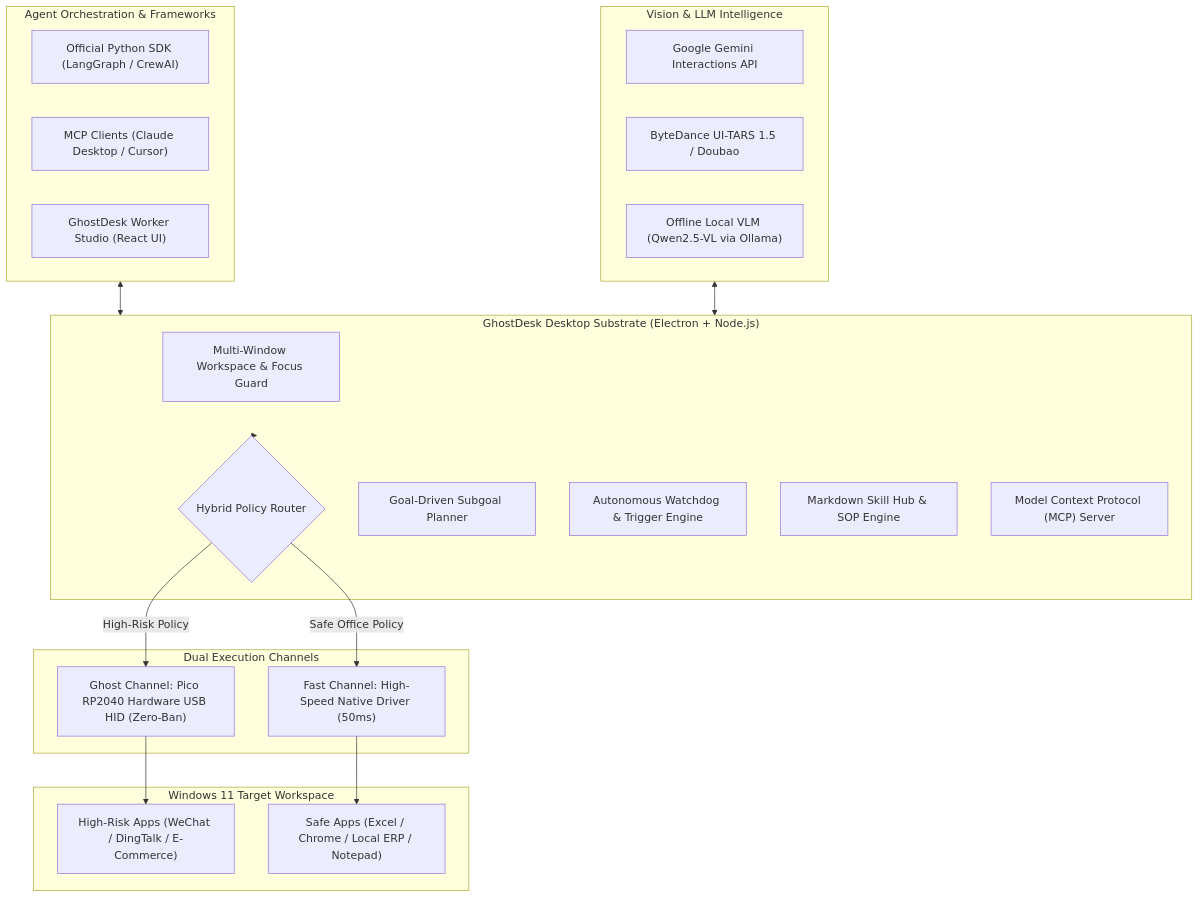
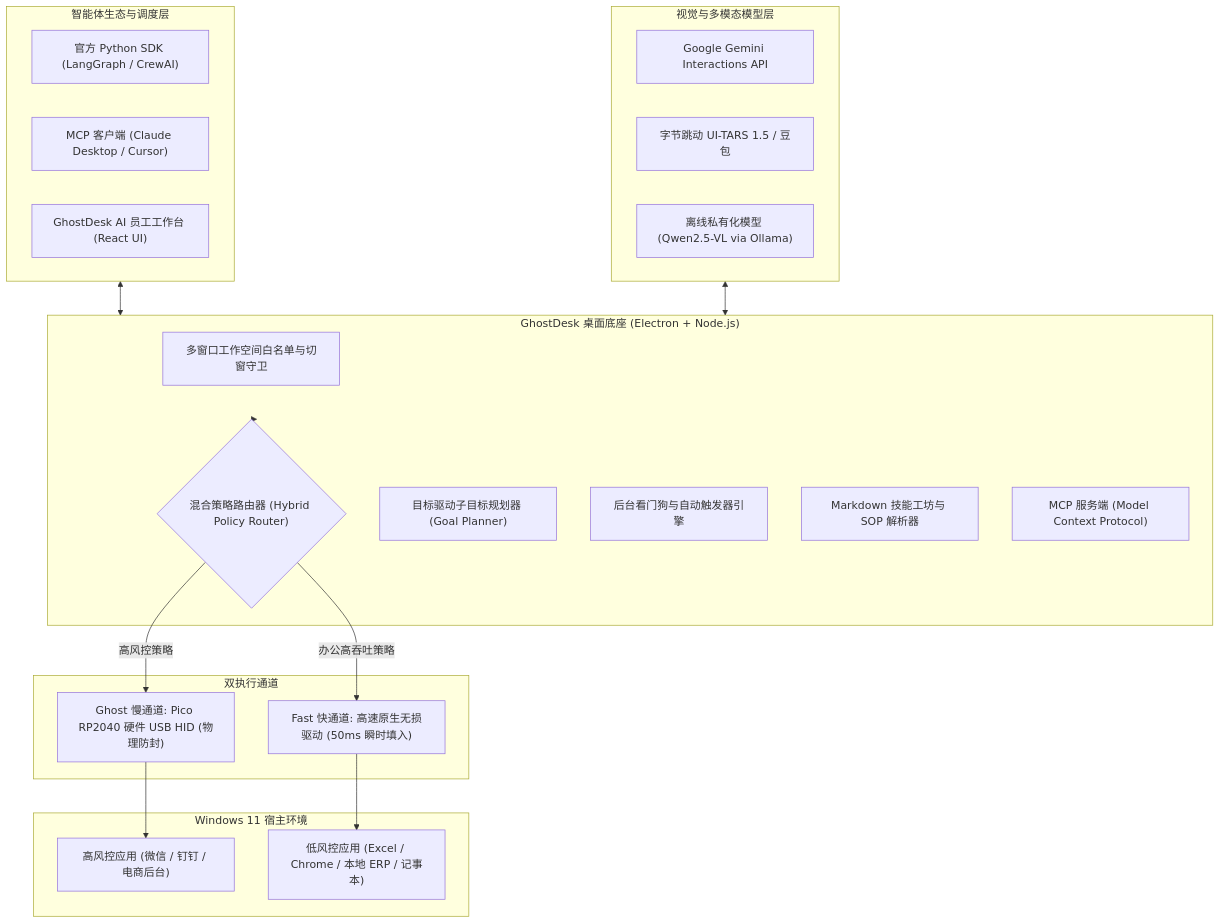
Before and after one commit to AIMarshallLee/GhostDesk: the diagram in README.md, drawn with Mermaid. The commit also changed other lines of this file and 4 other files, not shown here.

Commit message:
feat(i18n): make Chinese default for README & WorkerStudio, add bilingual toggle and silent background runner

````diff
--- a/README.md
+++ b/README.md
@@ -42,41 +44,41 @@
 ```mermaid
 graph TD
-    subgraph Agent_Ecosystem ["Agent Orchestration & Frameworks"]
-        PY["Official Python SDK (LangGraph / CrewAI)"]
-        MCP_CLIENT["MCP Clients (Claude Desktop / Cursor)"]
-        STUDIO["GhostDesk Worker Studio (React UI)"]
+    subgraph Agent生态与调度 ["智能体生态与调度层"]
+        PY["官方 Python SDK (LangGraph / CrewAI)"]
+        MCP_CLIENT["MCP 客户端 (Claude Desktop / Cursor)"]
+        STUDIO["GhostDesk AI 员工工作台 (React UI)"]
     end
 
-    subgraph Vision_Brains ["Vision & LLM Intelligence"]
+    subgraph 视觉与模型引擎 ["视觉与多模态模型层"]
         GEMINI["Google Gemini Interactions API"]
-        UITARS["ByteDance UI-TARS 1.5 / Doubao"]
-        LOCAL_VLM["Offline Local VLM (Qwen2.5-VL via Ollama)"]
+        UITARS["字节跳动 UI-TARS 1.5 / 豆包"]
+        LOCAL_VLM["离线私有化模型 (Qwen2.5-VL via Ollama)"]
     end
 
-    subgraph Core_Substrate ["GhostDesk Desktop Substrate (Electron + Node.js)"]
-        WM["Multi-Window Workspace & Focus Guard"]
-        PR{"Hybrid Policy Router"}
-        PLANNER["Goal-Driven Subgoal Planner"]
-        WATCHDOG["Autonomous Watchdog & Trigger Engine"]
-        SKILL_HUB["Markdown Skill Hub & SOP Engine"]
-        MCP_SERVER["Model Context Protocol (MCP) Server"]
+    subgraph 桌面执行底座 ["GhostDesk 桌面底座 (Electron + Node.js)"]
+        WM["多窗口工作空间白名单与切窗守卫"]
+        PR{"混合策略路由器 (Hybrid Policy Router)"}
+        PLANNER["目标驱动子目标规划器 (Goal Planner)"]
+        WATCHDOG["后台看门狗与自动触发器引擎"]
+        SKILL_HUB["Markdown 技能工坊与 SOP 解析器"]
+        MCP_SERVER["MCP 服务端 (Model Context Protocol)"]
     end
 
-    subgraph Execution_Channels ["Dual Execution Channels"]
-        PICO["Ghost Channel: Pico RP2040 Hardware USB HID (Zero-Ban)"]
-        FAST["Fast Channel: High-Speed Native Driver (50ms)"]
+    subgraph 双执行通道 ["双执行通道"]
+        PICO["Ghost 慢通道: Pico RP2040 硬件 USB HID (物理防封)"]
+        FAST["Fast 快通道: 高速原生无损驱动 (50ms 瞬时填入)"]
     end
 
-    subgraph Target_OS ["Windows 11 Target Workspace"]
-        SENSITIVE["High-Risk Apps (WeChat / DingTalk / E-Commerce)"]
-        OFFICE["Safe Apps (Excel / Chrome / Local ERP / Notepad)"]
+    subgraph 操作系统与目标应用 ["Windows 11 宿主环境"]
+        SENSITIVE["高风控应用 (微信 / 钉钉 / 电商后台)"]
+        OFFICE["低风控应用 (Excel / Chrome / 本地 ERP / 记事本)"]
     end
 
-    Agent_Ecosystem <--> Core_Substrate
-    Vision_Brains <--> Core_Substrate
-    Core_Substrate --> PR
-    PR -->|"High-Risk Policy"| PICO
-    PR -->|"Safe Office Policy"| FAST
+    Agent生态与调度 <--> 桌面执行底座
+    视觉与模型引擎 <--> 桌面执行底座
+    桌面执行底座 --> PR
+    PR -->|"高风控策略"| PICO
+    PR -->|"办公高吞吐策略"| FAST
     PICO --> SENSITIVE
     FAST --> OFFICE
 ```
````
